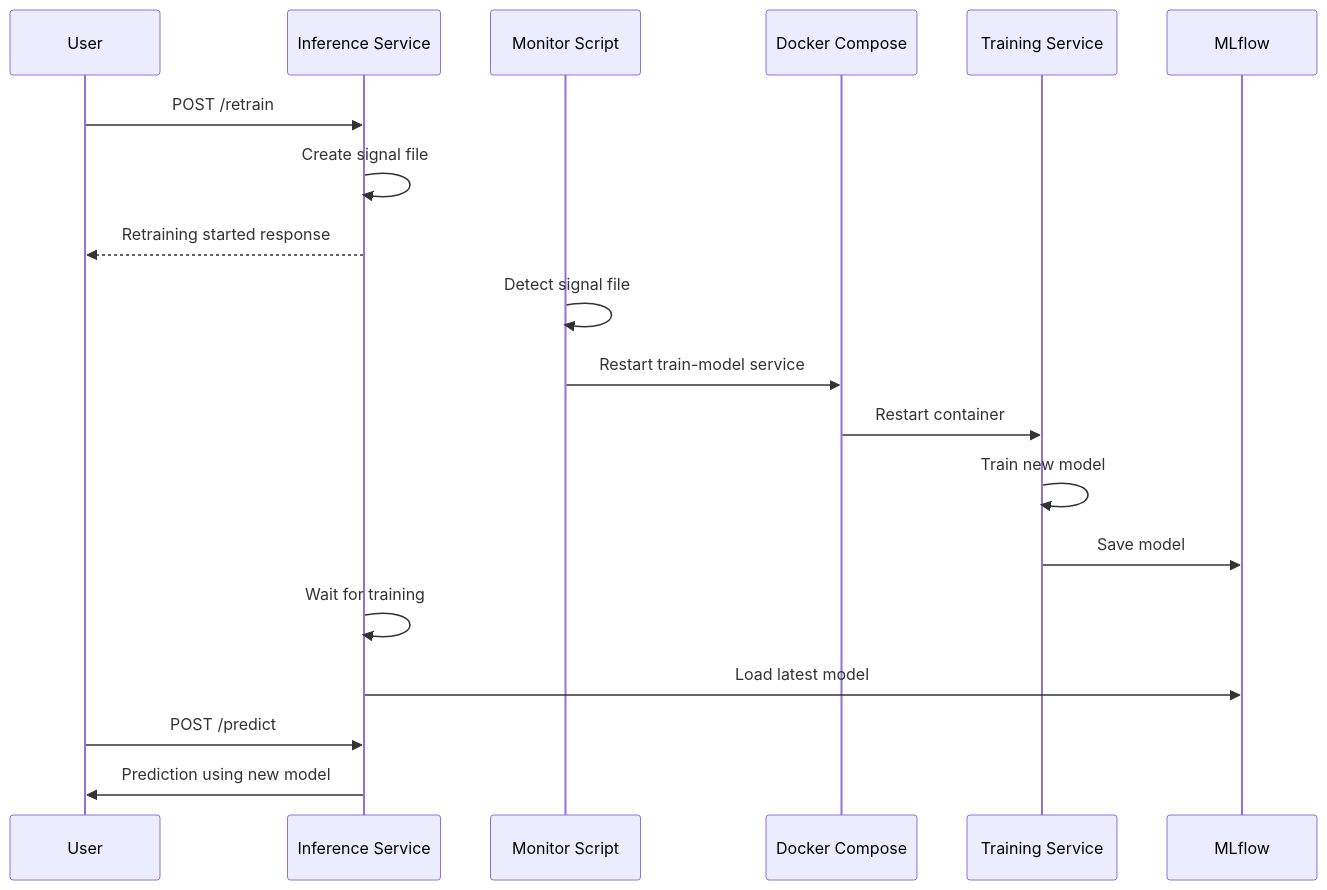
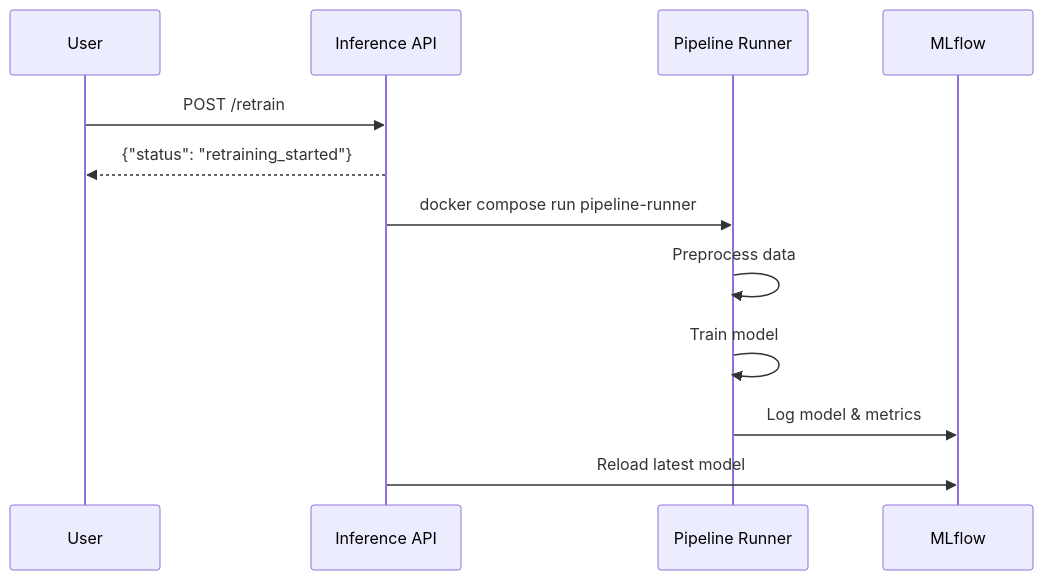
One commit to ssime-git/zenml_mlops_template changed the second of 2 diagrams in README.md. Above: the diagram before and after it, drawn with Mermaid. The commit also changed other lines of this file and 20 other files, not shown here.

First line of the commit message:
Refactor project structure and improve automation with Docker Compose profiles and Makefile

````diff
--- a/README.md
+++ b/README.md
@@ -58,26 +183,15 @@
 ```mermaid
 sequenceDiagram
     participant User
-    participant Inference as Inference Service
-    participant Monitor as Monitor Script
-    participant Docker as Docker Compose
-    participant Training as Training Service
+    participant API as Inference API
+    participant Runner as Pipeline Runner
     participant MLflow
     
-    User->>Inference: POST /retrain
-    Inference->>Inference: Create signal file
-    Inference-->>User: Retraining started response
-    
-    Monitor->>Monitor: Detect signal file
-    Monitor->>Docker: Restart train-model service
-    Docker->>Training: Restart container
-    
-    Training->>Training: Train new model
-    Training->>MLflow: Save model
-    
-    Inference->>Inference: Wait for training
-    Inference->>MLflow: Load latest model
-    
-    User->>Inference: POST /predict
-    Inference->>User: Prediction using new model
+    User->>API: POST /retrain
+    API-->>User: {"status": "retraining_started"}
+    API->>Runner: docker compose run pipeline-runner
+    Runner->>Runner: Preprocess data
+    Runner->>Runner: Train model
+    Runner->>MLflow: Log model & metrics
+    API->>MLflow: Reload latest model
 ```
````
